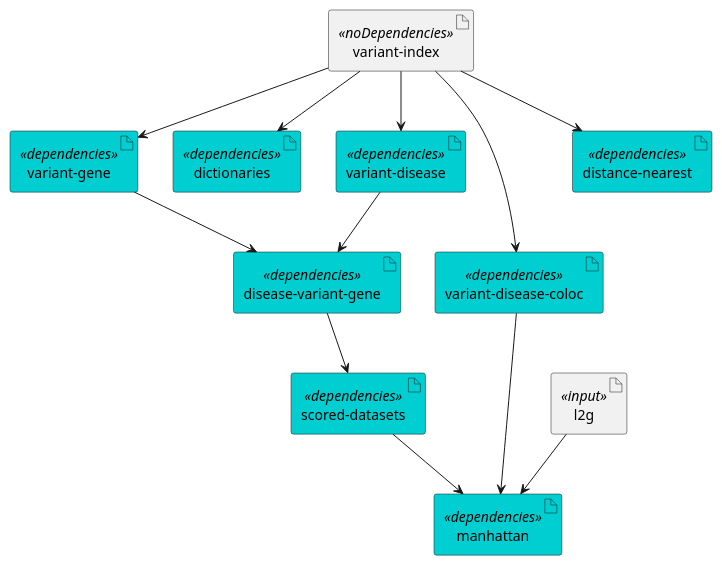
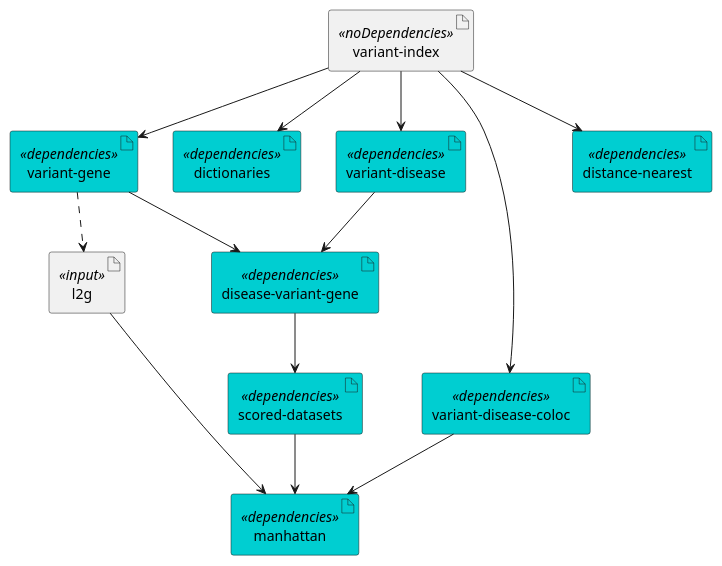
The diagram in documentation/step_dependencies.puml (opentargets/genetics-pipe), drawn with PlantUML before and after one commit. The commit also changed 2 other files, not shown here.

```diff
--- a/documentation/step_dependencies.puml
+++ b/documentation/step_dependencies.puml
@@ -1,35 +1,35 @@
 @startuml
 skinparam interface {
     backgroundColor<<input>> darkblue
     backgroundColor<<output>> cyan
 }
 skinparam artifact {
      backgroundColor<<noDependency>> orchid
      backgroundColor<<dependencies>> darkturquoise
  }
 ' steps
 artifact vg as "variant-gene" <<dependencies>>
 artifact vi as "variant-index" <<noDependencies>>
 artifact dictionaries <<dependencies>>
 artifact vd as "variant-disease" <<dependencies>>
 artifact vdc as "variant-disease-coloc" <<dependencies>>
 artifact dn as "distance-nearest" <<dependencies>>
 artifact dvg as "disease-variant-gene" <<dependencies>>
 artifact sd as "scored-datasets" <<dependencies>>
 artifact manhattan <<dependencies>>
 artifact l2g <<input>>
 
 vi --> dictionaries
 vi --> vd
 vi --> vg
 vi --> vdc
 vi --> dn
 vd --> dvg
 vg --> dvg
 dvg --> sd
 l2g --> manhattan
 sd --> manhattan
 vdc --> manhattan
-
+vg ..> l2g
 
 @enduml
```
